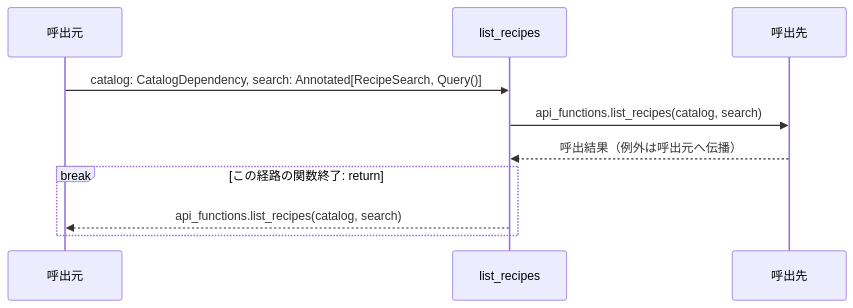
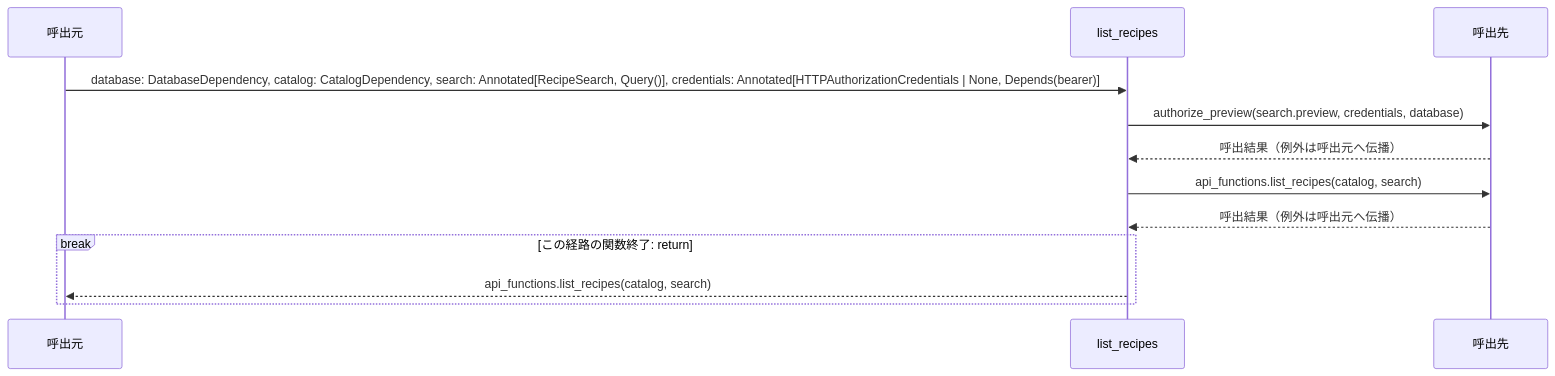
One commit to tsuji-tomonori/RecipeWeave changed the first of 3 diagrams in docs/design/generated/api/operations/list_recipes/sequence.md. Above: the diagram before and after it, drawn with Mermaid. The commit also changed other lines of this file and 2755 other files, not shown here.

````diff
--- a/docs/design/generated/api/operations/list_recipes/sequence.md
+++ b/docs/design/generated/api/operations/list_recipes/sequence.md
@@ -11,12 +13,14 @@
 ```mermaid
 sequenceDiagram
     participant Caller as 呼出元
     participant Function as list_recipes
     participant Callee as 呼出先
-    Caller->>Function: catalog: CatalogDependency, search: Annotated[RecipeSearch, Query()]
+    Caller->>Function: database: DatabaseDependency, catalog: CatalogDependency, search: Annotated[RecipeSearch, Query()], credentials: Annotated[HTTPAuthorizationCredentials | None, Depends(bearer)]
+    Function->>Callee: authorize_preview(search.preview, credentials, database)
+    Callee-->>Function: 呼出結果（例外は呼出元へ伝播）
     Function->>Callee: api_functions.list_recipes(catalog, search)
     Callee-->>Function: 呼出結果（例外は呼出元へ伝播）
     break この経路の関数終了: return
         Function-->>Caller: api_functions.list_recipes(catalog, search)
     end
 ```
````
